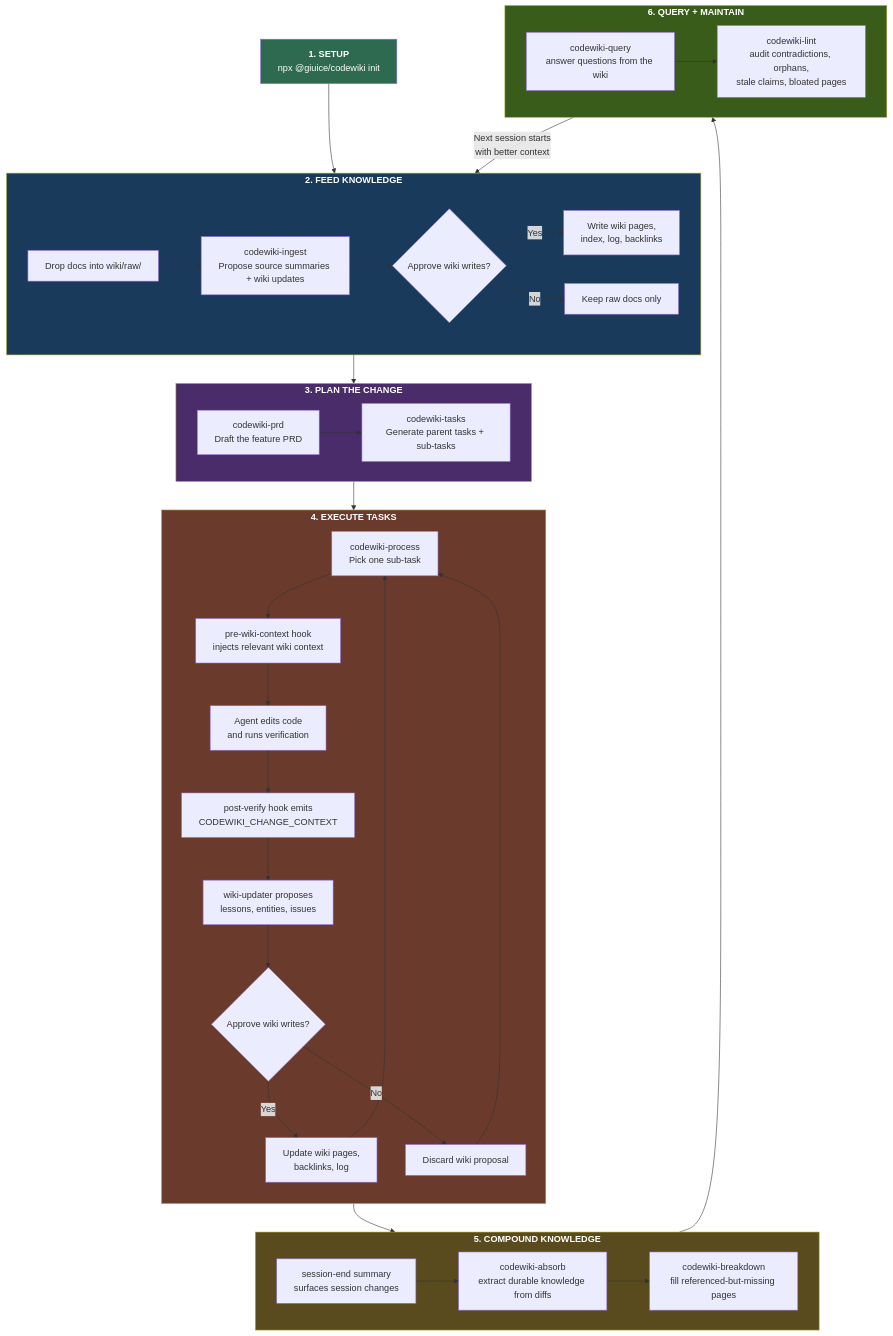
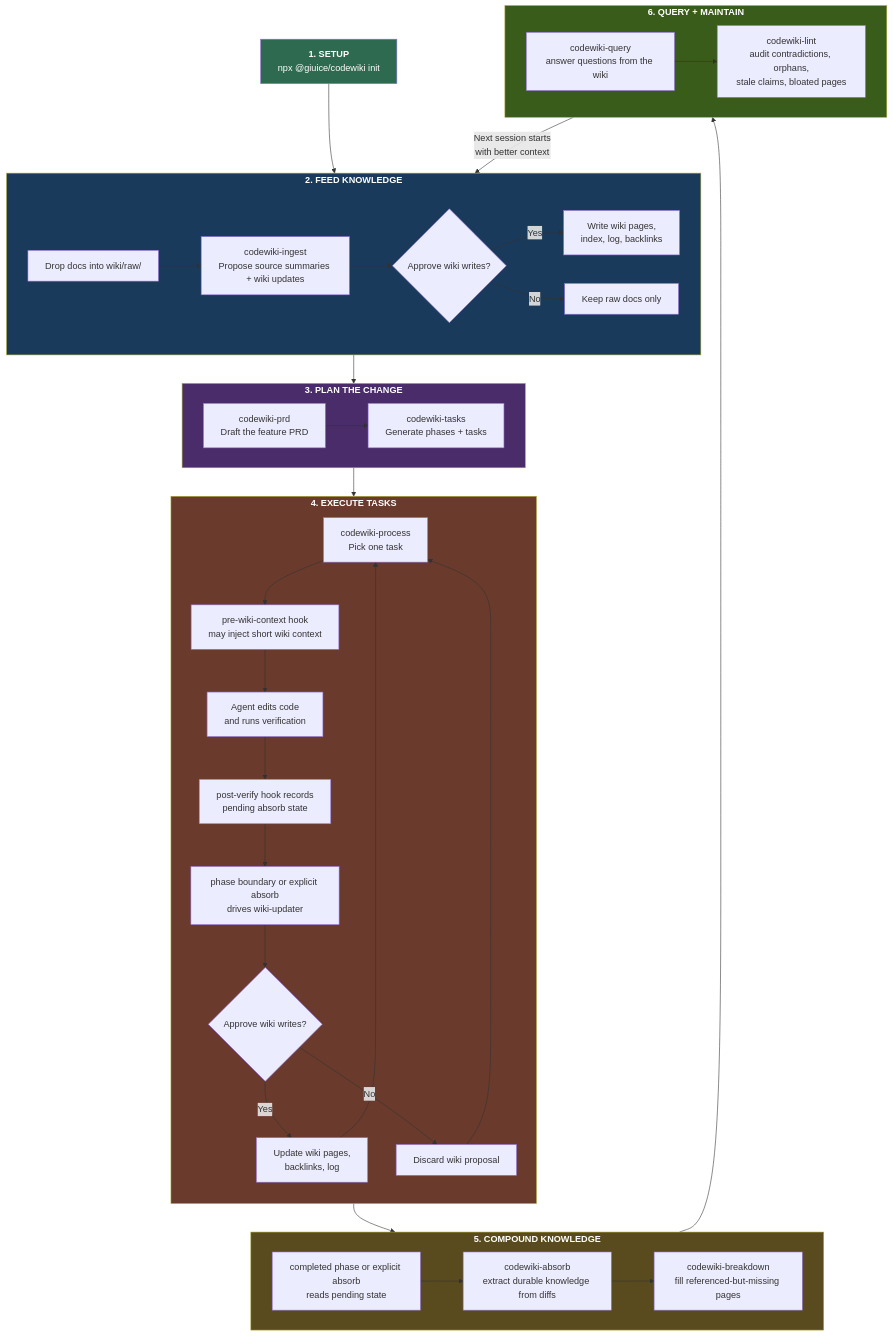
One commit to giuice/CodeWiki changed the first of 2 diagrams in README.md. Above: the diagram before and after it, drawn with Mermaid. The commit also changed other lines of this file and 49 other files, not shown here.

First line of the commit message:
Feature/tasks2phases (#6)

````diff
--- a/README.md
+++ b/README.md
@@ -27,58 +27,58 @@
 ```mermaid
 flowchart TD
   Init["<b>1. SETUP</b><br/>npx @giuice/codewiki init"] --> Feed
 
   subgraph Feed["<b>2. FEED KNOWLEDGE</b>"]
     direction LR
     F1["Drop docs into wiki/raw/"] --> F2["codewiki-ingest<br/>Propose source summaries + wiki updates"]
     F2 --> F3{"Approve wiki writes?"}
     F3 -- "Yes" --> F4["Write wiki pages,<br/>index, log, backlinks"]
     F3 -- "No" --> F5["Keep raw docs only"]
   end
 
   Feed --> Plan
 
   subgraph Plan["<b>3. PLAN THE CHANGE</b>"]
     direction LR
-    P1["codewiki-prd<br/>Draft the feature PRD"] --> P2["codewiki-tasks<br/>Generate parent tasks + sub-tasks"]
+    P1["codewiki-prd<br/>Draft the feature PRD"] --> P2["codewiki-tasks<br/>Generate phases + tasks"]
   end
 
   Plan --> Build
 
   subgraph Build["<b>4. EXECUTE TASKS</b>"]
     direction TB
-    B1["codewiki-process<br/>Pick one sub-task"] --> B2["pre-wiki-context hook<br/>injects relevant wiki context"]
+    B1["codewiki-process<br/>Pick one task"] --> B2["pre-wiki-context hook<br/>may inject short wiki context"]
     B2 --> B3["Agent edits code<br/>and runs verification"]
-    B3 --> B4["post-verify hook emits<br/>CODEWIKI_CHANGE_CONTEXT"]
-    B4 --> B5["wiki-updater proposes<br/>lessons, entities, issues"]
+    B3 --> B4["post-verify hook records<br/>pending absorb state"]
+    B4 --> B5["phase boundary or explicit absorb<br/>drives wiki-updater"]
     B5 --> B6{"Approve wiki writes?"}
     B6 -- "Yes" --> B7["Update wiki pages,<br/>backlinks, log"]
     B6 -- "No" --> B8["Discard wiki proposal"]
     B7 --> B1
     B8 --> B1
   end
 
   Build --> Compound
 
   subgraph Compound["<b>5. COMPOUND KNOWLEDGE</b>"]
     direction LR
-    C1["session-end summary<br/>surfaces session changes"] --> C2["codewiki-absorb<br/>extract durable knowledge from diffs"]
+    C1["completed phase or explicit absorb<br/>reads pending state"] --> C2["codewiki-absorb<br/>extract durable knowledge from diffs"]
     C2 --> C3["codewiki-breakdown<br/>fill referenced-but-missing pages"]
   end
 
   Compound --> Maintain
 
   subgraph Maintain["<b>6. QUERY + MAINTAIN</b>"]
     direction LR
     M1["codewiki-query<br/>answer questions from the wiki"] --> M2["codewiki-lint<br/>audit contradictions, orphans,<br/>stale claims, bloated pages"]
   end
 
   Maintain -->|"Next session starts<br/>with better context"| Feed
 
   style Init fill:#2d6a4f,color:#fff
   style Feed fill:#1a3a5c,color:#fff
   style Plan fill:#4a2c6a,color:#fff
   style Build fill:#6a3b2d,color:#fff
   style Compound fill:#5a4b1e,color:#fff
   style Maintain fill:#3a5c1a,color:#fff
 ```
````
